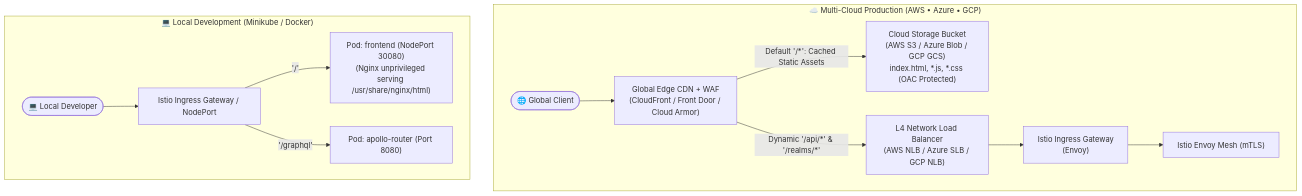
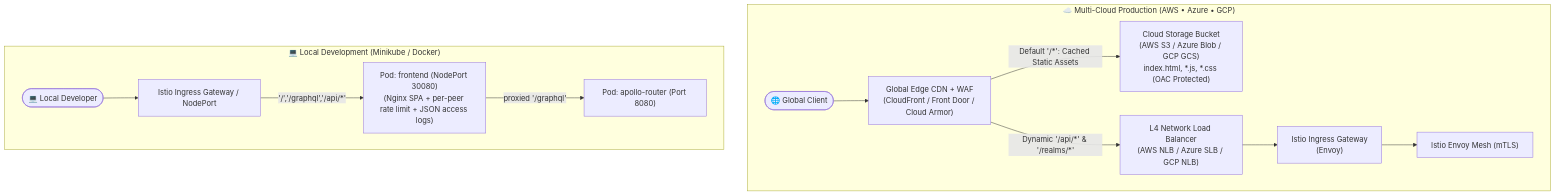
One commit to GeorgeGxx/microservices-architecture changed the second of 6 diagrams in docs/ARCHITECTURE.md. Above: the diagram before and after it, drawn with Mermaid. The commit also changed other lines of this file and 20 other files, not shown here.

````diff
--- a/docs/ARCHITECTURE.md
+++ b/docs/ARCHITECTURE.md
@@ -196,16 +196,16 @@
 ```mermaid
 flowchart TD
     subgraph CloudModel["☁️ Multi-Cloud Production (AWS • Azure • GCP)"]
         BrowserCloud([🌐 Global Client]) --> CloudCDN["Global Edge CDN + WAF<br/>(CloudFront / Front Door / Cloud Armor)"]
         CloudCDN -->|Default '/*': Cached Static Assets| BucketStorage["Cloud Storage Bucket<br/>(AWS S3 / Azure Blob / GCP GCS)<br/>index.html, *.js, *.css (OAC Protected)"]
         CloudCDN -->|Dynamic '/api/*' & '/realms/*'| CloudNLB["L4 Network Load Balancer<br/>(AWS NLB / Azure SLB / GCP NLB)"]
         CloudNLB --> CloudIngress["Istio Ingress Gateway<br/>(Envoy)"]
         CloudIngress --> CloudMesh["Istio Envoy Mesh (mTLS)"]
     end
 
     subgraph LocalModel["💻 Local Development (Minikube / Docker)"]
         BrowserLocal([💻 Local Developer]) --> LocalIngress["Istio Ingress Gateway / NodePort"]
-        LocalIngress -->|'/'| LocalFE["Pod: frontend (NodePort 30080)<br/>(Nginx unprivileged serving /usr/share/nginx/html)"]
-        LocalIngress -->|'/graphql'| LocalGW["Pod: apollo-router (Port 8080)"]
+        LocalIngress -->|'/','/graphql','/api/*'| LocalFE["Pod: frontend (NodePort 30080)<br/>(Nginx SPA + per-peer rate limit + JSON access logs)"]
+        LocalFE -->|proxied '/graphql'| LocalGW["Pod: apollo-router (Port 8080)"]
     end
 ```
````
